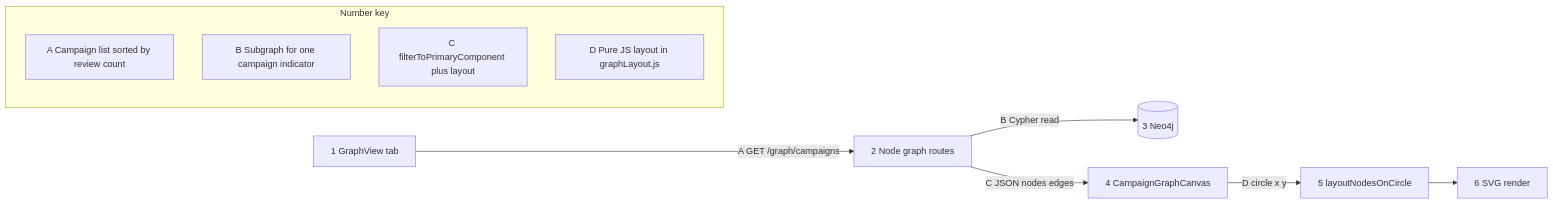
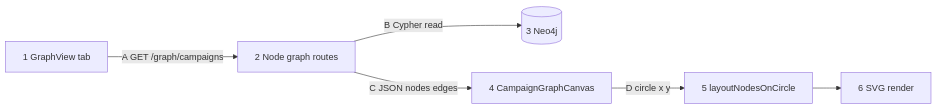
The diagram in docs/diagrams/system-flow-graph-ui.mmd (OferElboher/suspicious-email-triage), drawn with Mermaid before and after one commit. The commit also changed 9 other files, not shown here.

First line of the commit message:
Restore overall flowchart and move legends to prose lists below charts.

```diff
--- a/docs/diagrams/system-flow-graph-ui.mmd
+++ b/docs/diagrams/system-flow-graph-ui.mmd
@@ -1,22 +1,13 @@
-%% Chart 8 — Phishing graph UI
 flowchart LR
   UI["1 GraphView tab"]
   API["2 Node graph routes"]
   NEO[(3 Neo4j)]
   CAN["4 CampaignGraphCanvas"]
   LAY["5 layoutNodesOnCircle"]
   SVG["6 SVG render"]
 
   UI -->|"A GET /graph/campaigns"| API
   API -->|"B Cypher read"| NEO
   API -->|"C JSON nodes edges"| CAN
   CAN -->|"D circle x y"| LAY
   LAY --> SVG
-
-  subgraph legend8 [Number key]
-    direction TB
-    LA["A Campaign list sorted by review count"]
-    LB["B Subgraph for one campaign indicator"]
-    LC["C filterToPrimaryComponent plus layout"]
-    LD["D Pure JS layout in graphLayout.js"]
-  end
```
